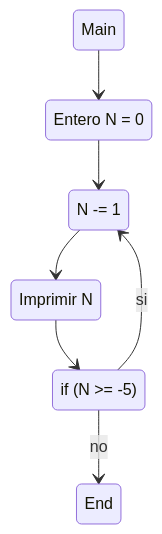
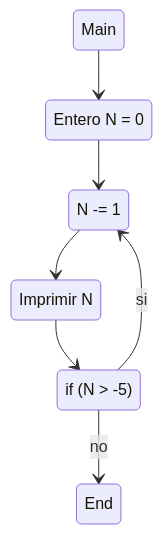
Before and after one commit to ValentinJM/TP-8: the diagram in Ejercicios/4.md, drawn with Mermaid.

Commit message:
Ejercicio 4
corregido

````diff
--- a/Ejercicios/4.md
+++ b/Ejercicios/4.md
@@ -3,13 +3,13 @@
 ```mermaid
 stateDiagram-v2
 state "Entero N = 0" as DEC1
-state "if (N >= -5)" as COND1
+state "if (N > -5)" as COND1
 state "Imprimir N" as OUT1
 state "N -= 1" as RES1
     Main --> DEC1
     DEC1 --> RES1
     RES1 --> OUT1
     OUT1 --> COND1
     COND1 --> RES1 : si
     COND1 --> End : no    
 ```
````
